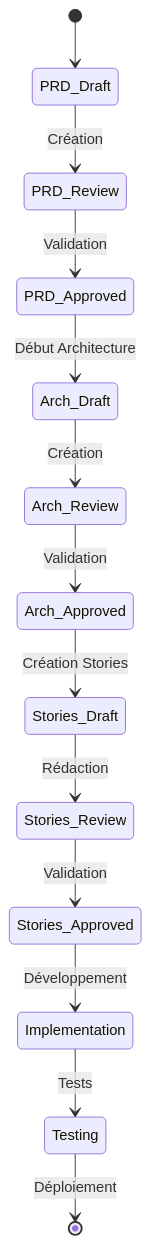
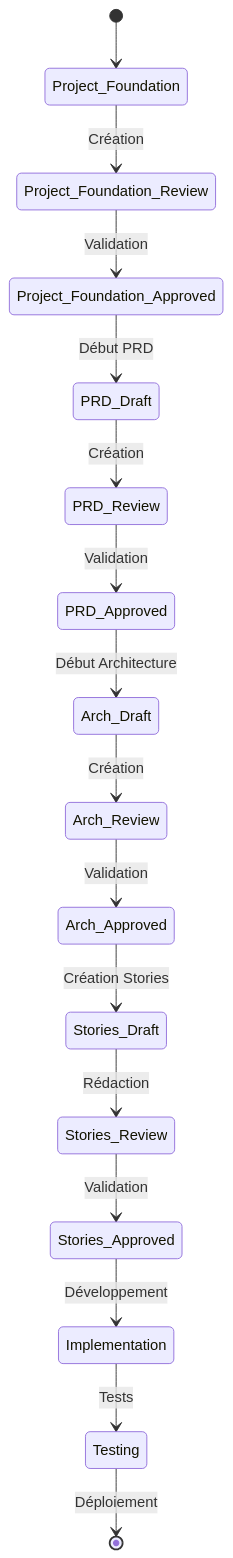
One commit to giak/cursor-auto-rules-agile-workflow changed the third of 5 diagrams in docs/GUIDE.md. Above: the diagram before and after it, drawn with Mermaid. The commit also changed other lines of this file and 7 other files, not shown here.

First line of the commit message:
feat: Add project foundation documentation template and workflow integration

````diff
--- a/docs/GUIDE.md
+++ b/docs/GUIDE.md
@@ -70,18 +74,22 @@
 ```mermaid
 stateDiagram-v2
-    [*] --> PRD_Draft
+    [*] --> Project_Foundation
+    Project_Foundation --> Project_Foundation_Review: Création
+    Project_Foundation_Review --> Project_Foundation_Approved: Validation
+    Project_Foundation_Approved --> PRD_Draft: Début PRD
+
     PRD_Draft --> PRD_Review: Création
     PRD_Review --> PRD_Approved: Validation
     PRD_Approved --> Arch_Draft: Début Architecture
 
     Arch_Draft --> Arch_Review: Création
     Arch_Review --> Arch_Approved: Validation
     Arch_Approved --> Stories_Draft: Création Stories
 
     Stories_Draft --> Stories_Review: Rédaction
     Stories_Review --> Stories_Approved: Validation
     Stories_Approved --> Implementation: Développement
 
     Implementation --> Testing: Tests
     Testing --> [*]: Déploiement
 ```
````
